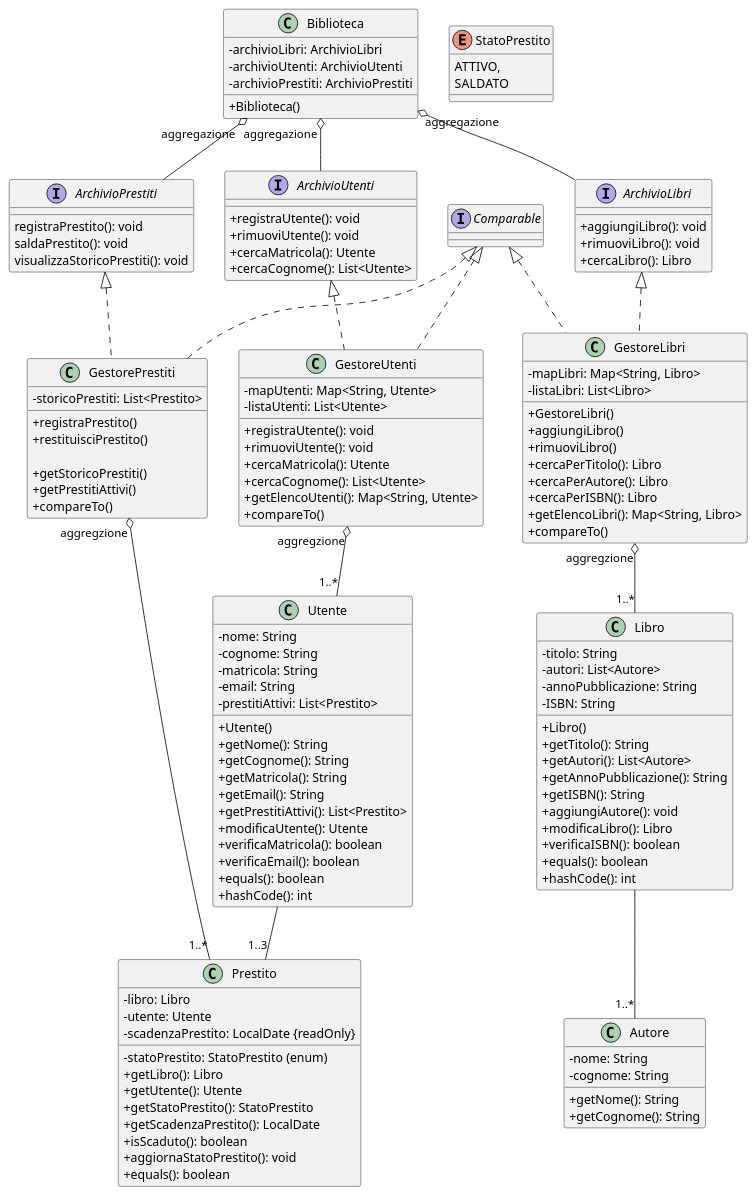
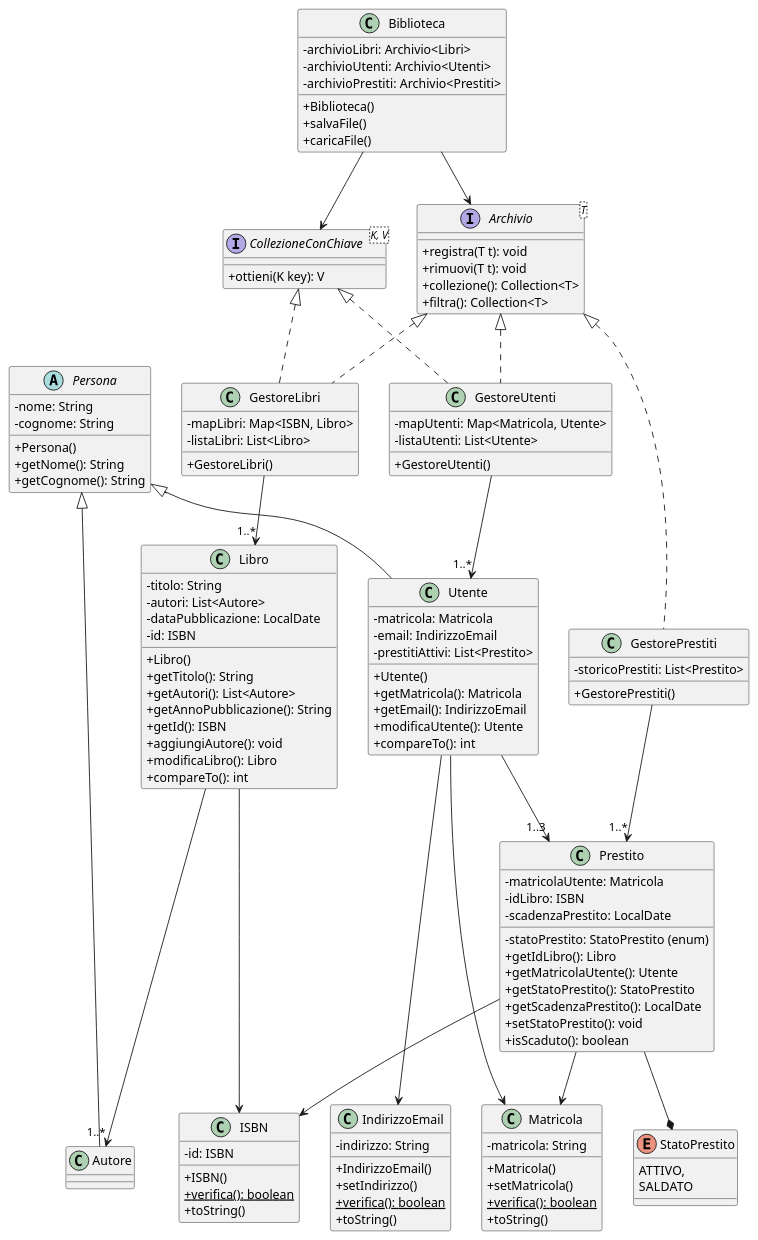
Before and after one commit to Meziu/easylibrary: the diagram in docs/uml/classes.puml, drawn with PlantUML.

Commit message:
Diagramma con inversione delle dipendenze per il diagramma delle classi

```diff
--- a/docs/uml/classes.puml
+++ b/docs/uml/classes.puml
@@ -1,153 +1,152 @@
 @startuml
 skinparam classAttributeIconSize 0
 
-+class Utente{
++interface Archivio<T> {
+    +registra(T t): void
+    +rimuovi(T t): void
+    +collezione(): Collection<T>
+    +filtra(): Collection<T>
+}
+
++interface CollezioneConChiave<K, V> {
+    +ottieni(K key): V
+}
+
++abstract class Persona{
     -nome: String
     -cognome: String
-    -matricola: String
-    -email: String
+
+    +Persona()
+    +getNome(): String
+    +getCognome(): String
+}
+
++class Utente extends Persona{
+    -matricola: Matricola
+    -email: IndirizzoEmail
     -prestitiAttivi: List<Prestito>
 
     +Utente()
-    +getNome(): String
-    +getCognome(): String
-    +getMatricola(): String
-    +getEmail(): String
-    +getPrestitiAttivi(): List<Prestito>
+    +getMatricola(): Matricola
+    +getEmail(): IndirizzoEmail
     +modificaUtente(): Utente
-    +verificaMatricola(): boolean
-    +verificaEmail(): boolean
-    +equals(): boolean
-    +hashCode(): int
+    +compareTo(): int
+}
+
++class Matricola {
+    -matricola: String
+
+    +Matricola()
+    +setMatricola()
+    +verifica(): boolean {static}
+    +toString()
+}
+
++class IndirizzoEmail {
+    -indirizzo: String
+
+    +IndirizzoEmail()
+    +setIndirizzo()
+    +verifica(): boolean {static}
+    +toString()
 }
 
 
 +class Libro{
     -titolo: String
     -autori: List<Autore>
-    -annoPubblicazione: String
-    -ISBN: String
+    -dataPubblicazione: LocalDate
+    -id: ISBN
 
     +Libro()
     +getTitolo(): String
     +getAutori(): List<Autore>
     +getAnnoPubblicazione(): String
-    +getISBN(): String
+    +getId(): ISBN
     +aggiungiAutore(): void
     +modificaLibro(): Libro
-    +verificaISBN(): boolean
-    +equals(): boolean
-    +hashCode(): int
+    +compareTo(): int
 }
 
++class ISBN {
+    -id: ISBN
 
-+class Autore{
-    -nome: String
-    -cognome: String
+    +ISBN()
+    +verifica(): boolean {static}
+    +toString()
+}
 
-    +getNome(): String
-    +getCognome(): String
++class Autore extends Persona{
 }
 
 
 +class Prestito{
-    -libro: Libro
-    -utente: Utente
+    -matricolaUtente: Matricola
+    -idLibro: ISBN
     -statoPrestito: StatoPrestito (enum)
-    -scadenzaPrestito: LocalDate {readOnly}
+    -scadenzaPrestito: LocalDate
 
-    +getLibro(): Libro
-    +getUtente(): Utente
+    +getIdLibro(): Libro
+    +getMatricolaUtente(): Utente
     +getStatoPrestito(): StatoPrestito
     +getScadenzaPrestito(): LocalDate
+    +setStatoPrestito(): void
     +isScaduto(): boolean
-    +aggiornaStatoPrestito(): void
-    +equals(): boolean
 }
 
 +enum StatoPrestito{
     ATTIVO,
     SALDATO
 }
 
 
 +class Biblioteca {
-    -archivioLibri: ArchivioLibri
-    -archivioUtenti: ArchivioUtenti
-    -archivioPrestiti: ArchivioPrestiti
+    -archivioLibri: Archivio<Libri>
+    -archivioUtenti: Archivio<Utenti>
+    -archivioPrestiti: Archivio<Prestiti>
 
     +Biblioteca()
+    +salvaFile()
+    +caricaFile()
 }
 
 
-+interface ArchivioLibri {
-    +aggiungiLibro(): void
-    +rimuoviLibro(): void
-    +cercaLibro(): Libro
-}
++class GestoreLibri implements Archivio, CollezioneConChiave {
+    -mapLibri: Map<ISBN, Libro>
+    -listaLibri: List<Libro>
 
-+interface ArchivioUtenti {
-    +registraUtente(): void
-    +rimuoviUtente(): void
-    +cercaMatricola(): Utente
-    +cercaCognome(): List<Utente>
-}
-
-+interface ArchivioPrestiti {
-    registraPrestito(): void
-    saldaPrestito(): void
-    visualizzaStoricoPrestiti(): void
+    +GestoreLibri()
 }
 
 
-+class GestoreLibri implements ArchivioLibri, Comparable {
-    -mapLibri: Map<String, Libro>
-    -listaLibri: List<Libro>
++class GestoreUtenti implements Archivio, CollezioneConChiave {
+    -mapUtenti: Map<Matricola, Utente>
+    -listaUtenti: List<Utente>
 
-    +GestoreLibri()
-    +aggiungiLibro()
-    +rimuoviLibro()
-    +cercaPerTitolo(): Libro
-    +cercaPerAutore(): Libro
-    +cercaPerISBN(): Libro
-    +getElencoLibri(): Map<String, Libro>
-    +compareTo()
+    +GestoreUtenti()
 }
 
 
-+class GestoreUtenti implements ArchivioUtenti, Comparable{
-    -mapUtenti: Map<String, Utente>
-    -listaUtenti: List<Utente>
++class GestorePrestiti implements Archivio {
+    -storicoPrestiti: List<Prestito>
 
-    +registraUtente(): void
-    +rimuoviUtente(): void
-    +cercaMatricola(): Utente
-    +cercaCognome(): List<Utente>
-    +getElencoUtenti(): Map<String, Utente>
-    +compareTo()
+    +GestorePrestiti()
 }
 
 
-+class GestorePrestiti implements ArchivioPrestiti, Comparable{
-    -storicoPrestiti: List<Prestito>
+Biblioteca --> Archivio
+Biblioteca --> CollezioneConChiave
 
-    +registraPrestito()
-    +restituisciPrestito()
+Utente --> "1..3" Prestito
+Utente --> Matricola
+Utente ---> IndirizzoEmail
+Libro ---> "1..*" Autore
+Libro --> ISBN
+Prestito --> Matricola
+Prestito --> ISBN
+Prestito --* StatoPrestito
 
-    +getStoricoPrestiti()
-    +getPrestitiAttivi()
-    +compareTo()
-}
-
-
-Biblioteca "aggregazione" o-- ArchivioUtenti
-Biblioteca "aggregazione" o-- ArchivioLibri
-Biblioteca "aggregazione" o-- ArchivioPrestiti
-
-Utente -- "1..3" Prestito
-Libro -- "1..*" Autore
-
-GestoreUtenti "aggregzione" o-- "1..*" Utente
-GestoreLibri "aggregzione" o-- "1..*" Libro
-GestorePrestiti "aggregzione" o-- "1..*" Prestito
+GestoreUtenti --> "1..*" Utente
+GestoreLibri --> "1..*" Libro
+GestorePrestiti --> "1..*" Prestito
 @enduml
```
